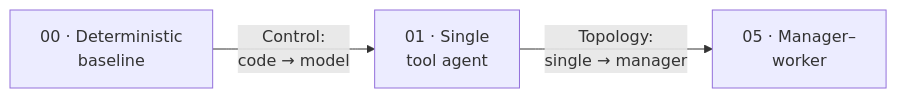
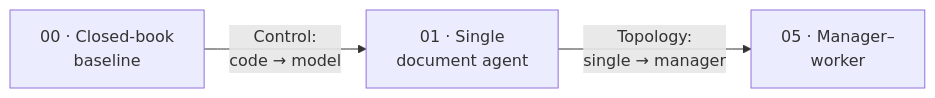
Before and after one commit to jtaylorisbell/agentic-facets: the diagram in docs/index.md, drawn with Mermaid. The commit also changed other lines of this file and 18 other files, not shown here.

````diff
--- a/docs/index.md
+++ b/docs/index.md
@@ -32,5 +36,5 @@
 ```mermaid
 flowchart LR
-    R0[00 · Deterministic<br/>baseline] -->|Control:<br/>code → model| R1[01 · Single<br/>tool agent]
+    R0[00 · Closed-book<br/>baseline] -->|Control:<br/>code → model| R1[01 · Single<br/>document agent]
     R1 -->|Topology:<br/>single → manager| R5[05 · Manager–<br/>worker]
 ```
````
